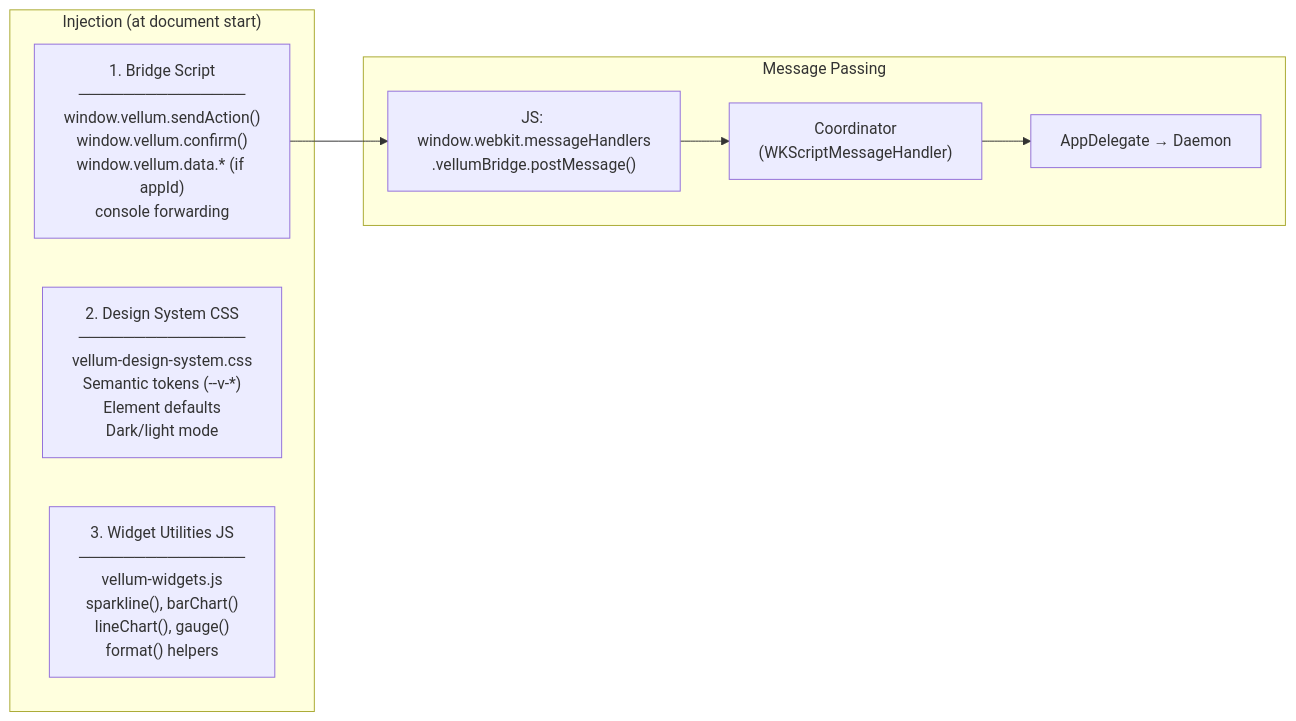
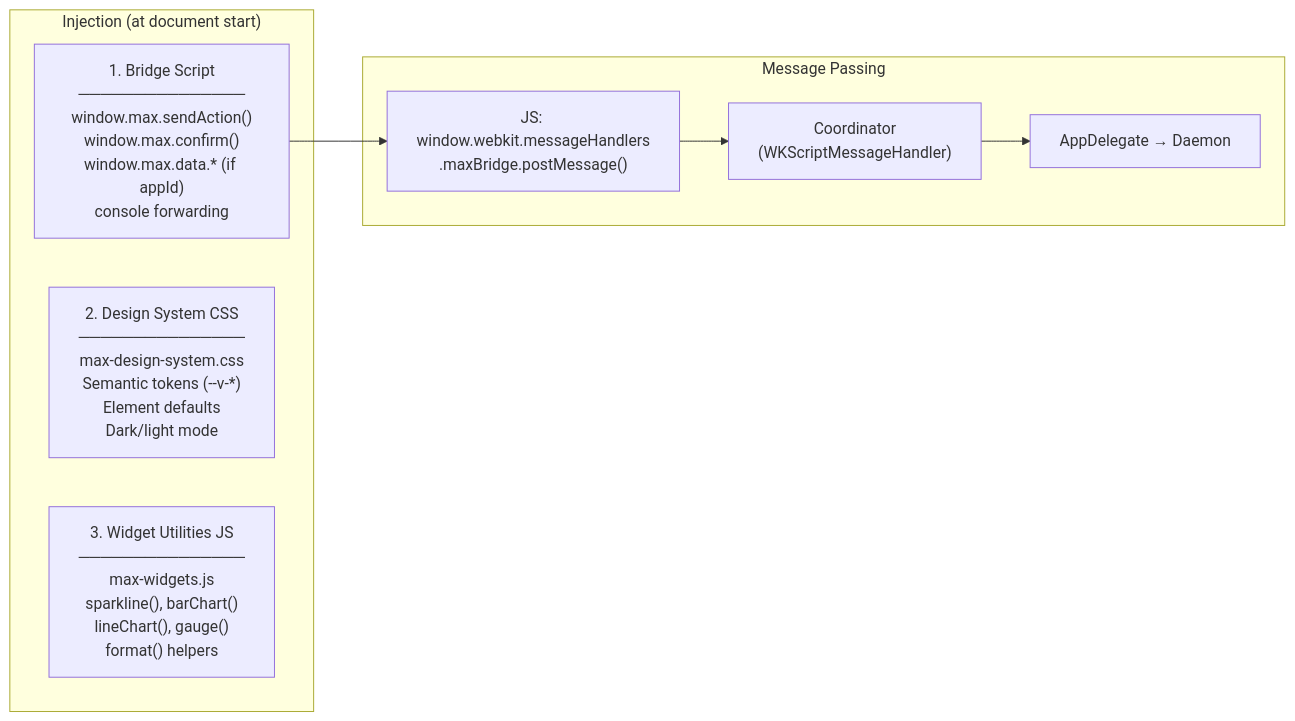
The sixth of 7 diagrams in clients/ARCHITECTURE.md (yashb98/max), drawn with Mermaid before and after one commit. The commit also changed other lines of this file and 2502 other files, not shown here.

````diff
--- a/clients/ARCHITECTURE.md
+++ b/clients/ARCHITECTURE.md
@@ -371,18 +371,18 @@
 ```mermaid
 graph LR
     subgraph "Injection (at document start)"
-        BRIDGE["1. Bridge Script<br/>───────────────<br/>window.vellum.sendAction()<br/>window.vellum.confirm()<br/>window.vellum.data.* (if appId)<br/>console forwarding"]
-        CSS["2. Design System CSS<br/>───────────────<br/>vellum-design-system.css<br/>Semantic tokens (--v-*)<br/>Element defaults<br/>Dark/light mode"]
-        WIDGETS["3. Widget Utilities JS<br/>───────────────<br/>vellum-widgets.js<br/>sparkline(), barChart()<br/>lineChart(), gauge()<br/>format() helpers"]
+        BRIDGE["1. Bridge Script<br/>───────────────<br/>window.max.sendAction()<br/>window.max.confirm()<br/>window.max.data.* (if appId)<br/>console forwarding"]
+        CSS["2. Design System CSS<br/>───────────────<br/>max-design-system.css<br/>Semantic tokens (--v-*)<br/>Element defaults<br/>Dark/light mode"]
+        WIDGETS["3. Widget Utilities JS<br/>───────────────<br/>max-widgets.js<br/>sparkline(), barChart()<br/>lineChart(), gauge()<br/>format() helpers"]
     end
 
     subgraph "Message Passing"
-        JS_CALL["JS: window.webkit.messageHandlers<br/>.vellumBridge.postMessage()"]
+        JS_CALL["JS: window.webkit.messageHandlers<br/>.maxBridge.postMessage()"]
         COORD["Coordinator<br/>(WKScriptMessageHandler)"]
         DAEMON["AppDelegate → Daemon"]
     end
 
     BRIDGE --> JS_CALL
     JS_CALL --> COORD
     COORD --> DAEMON
 ```
````
